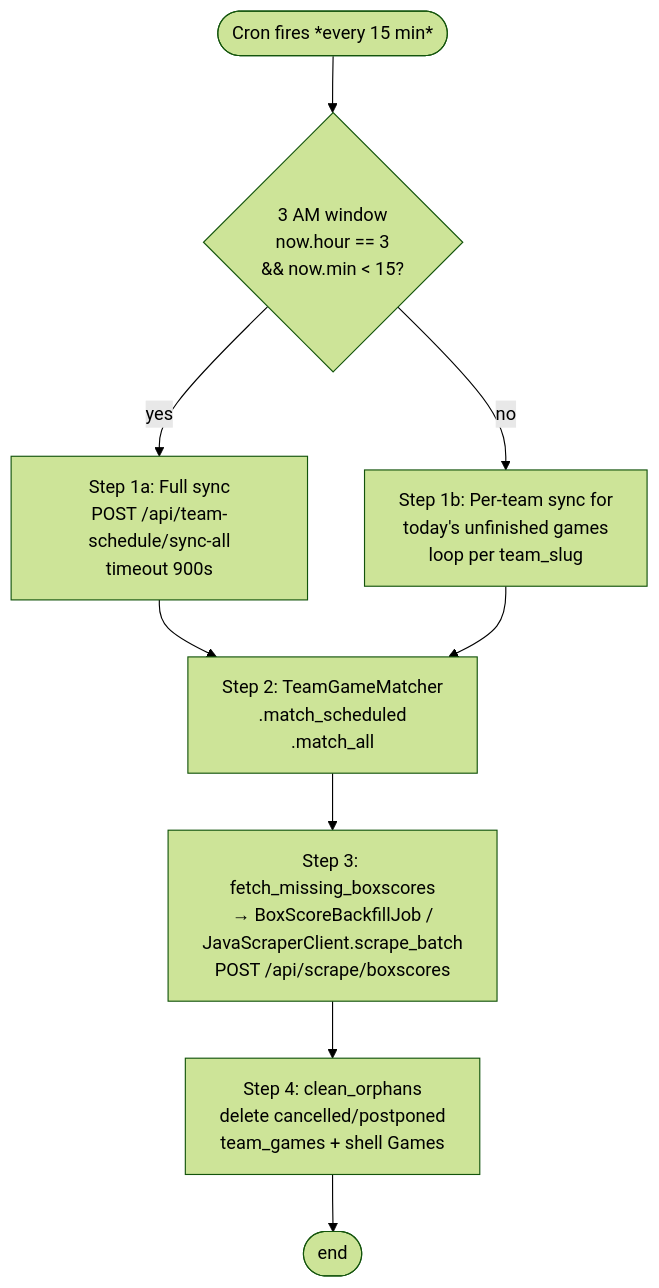
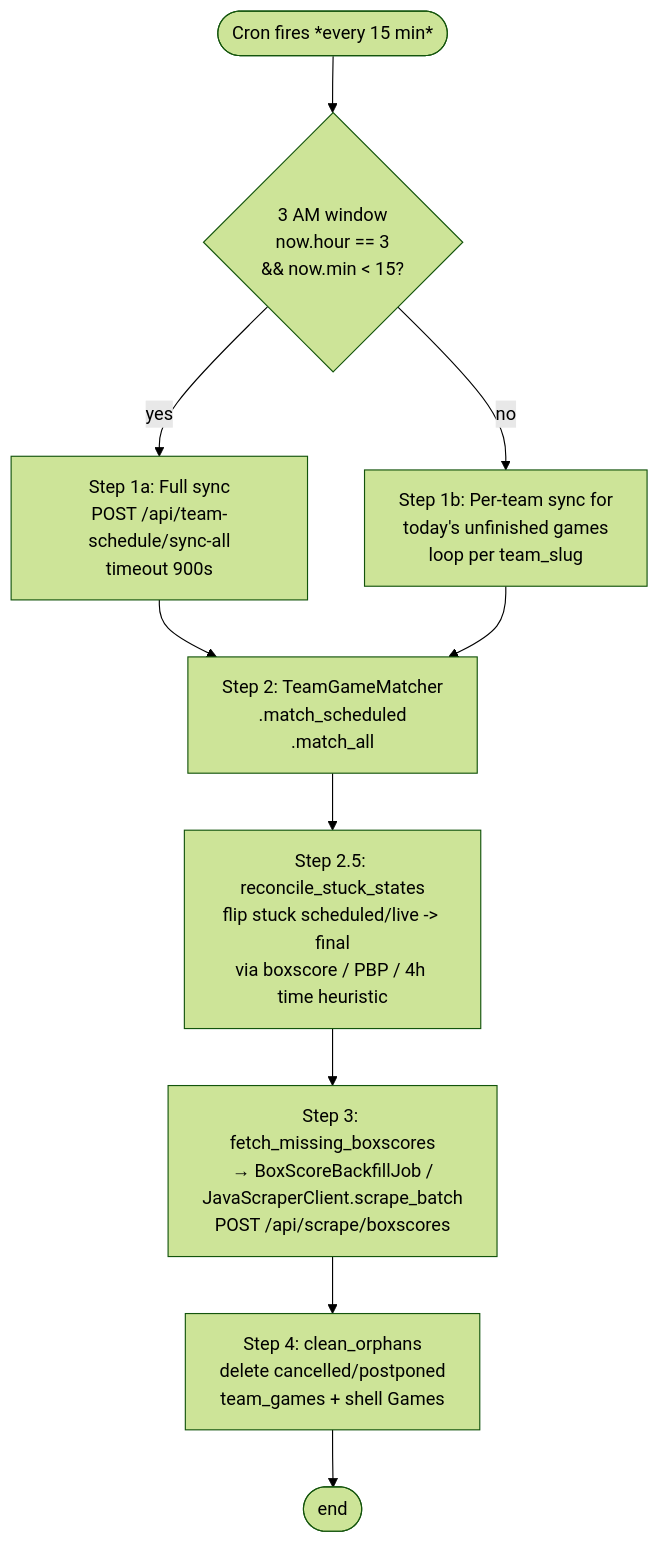
One commit to mondok/riseballs-documentation changed the diagram in pipelines/01-game-pipeline.md. Above: the diagram before and after it, drawn with Mermaid (forest theme). The commit also changed other lines of this file and 30 other files, not shown here.

````diff
--- a/pipelines/01-game-pipeline.md
+++ b/pipelines/01-game-pipeline.md
@@ -13,11 +13,12 @@
 ```mermaid
 flowchart TD
     Start([Cron fires *every 15 min*]) --> Branch{3 AM window<br/>now.hour == 3<br/>&amp;&amp; now.min &lt; 15?}
     Branch -->|yes| SyncAll[Step 1a: Full sync<br/>POST /api/team-schedule/sync-all<br/>timeout 900s]
     Branch -->|no| SyncToday[Step 1b: Per-team sync for<br/>today's unfinished games<br/>loop per team_slug]
     SyncAll --> Match
     SyncToday --> Match
-    Match[Step 2: TeamGameMatcher<br/>.match_scheduled<br/>.match_all] --> Backfill
+    Match[Step 2: TeamGameMatcher<br/>.match_scheduled<br/>.match_all] --> Reconcile
+    Reconcile[Step 2.5: reconcile_stuck_states<br/>flip stuck scheduled/live -> final<br/>via boxscore / PBP / 4h time heuristic] --> Backfill
     Backfill[Step 3: fetch_missing_boxscores<br/>→ BoxScoreBackfillJob /<br/>JavaScraperClient.scrape_batch<br/>POST /api/scrape/boxscores] --> Cleanup
     Cleanup[Step 4: clean_orphans<br/>delete cancelled/postponed<br/>team_games + shell Games] --> Done([end])
 ```
````
